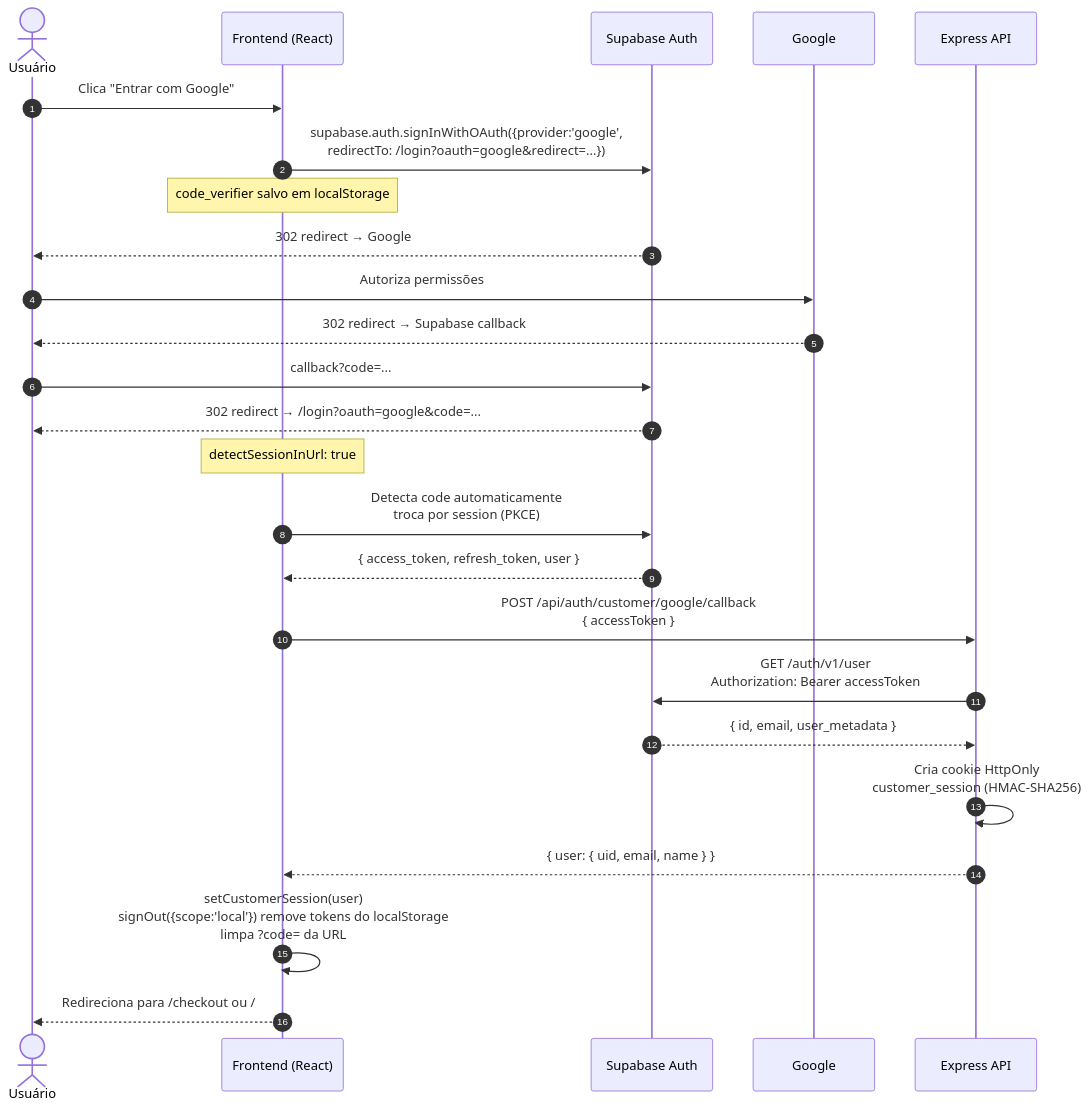
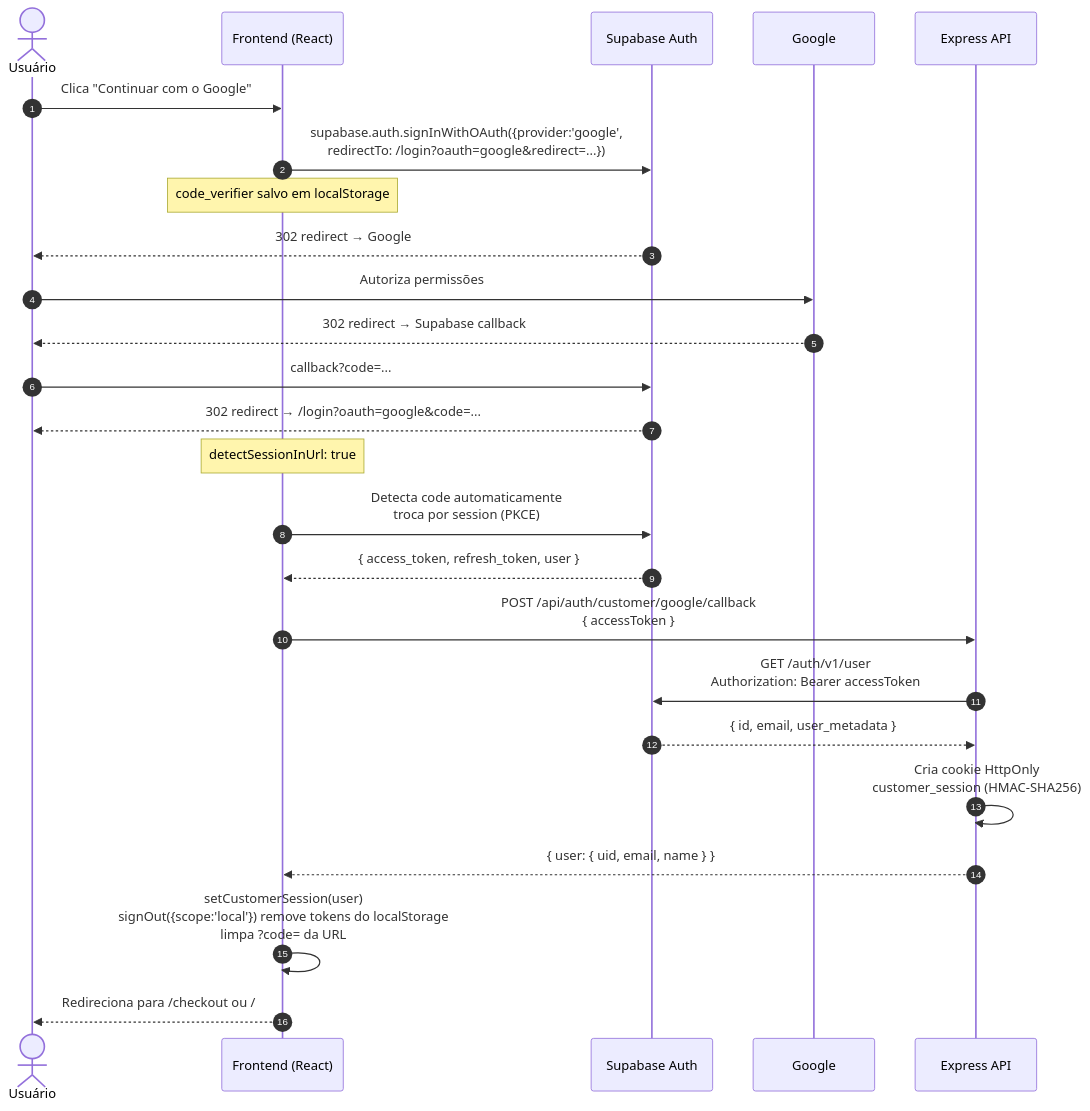
One commit to JoaoLuisC/Atelie-escolar changed the second of 10 diagrams in docs/ProjectDocs/05-FLUXOS.md. Above: the diagram before and after it, drawn with Mermaid. The commit also changed 10 other files, not shown here.

First line of the commit message:
feat(auth): login com "Sou cliente | Sou professor(a)" e botão do Google com o logo oficial

````diff
--- a/docs/ProjectDocs/05-FLUXOS.md
+++ b/docs/ProjectDocs/05-FLUXOS.md
@@ -52,28 +52,28 @@
 ```mermaid
 sequenceDiagram
     autonumber
     actor U as Usuário
     participant FE as Frontend (React)
     participant SB as Supabase Auth
     participant G as Google
     participant API as Express API
 
-    U->>FE: Clica "Entrar com Google"
+    U->>FE: Clica "Continuar com o Google"
     FE->>SB: supabase.auth.signInWithOAuth({provider:'google',<br/>redirectTo: /login?oauth=google&redirect=...})
     Note over FE: code_verifier salvo em localStorage
     SB-->>U: 302 redirect → Google
     U->>G: Autoriza permissões
     G-->>U: 302 redirect → Supabase callback
     U->>SB: callback?code=...
     SB-->>U: 302 redirect → /login?oauth=google&code=...
     Note over FE: detectSessionInUrl: true
     FE->>SB: Detecta code automaticamente<br/>troca por session (PKCE)
     SB-->>FE: { access_token, refresh_token, user }
     FE->>API: POST /api/auth/customer/google/callback<br/>{ accessToken }
     API->>SB: GET /auth/v1/user<br/>Authorization: Bearer accessToken
     SB-->>API: { id, email, user_metadata }
     API->>API: Cria cookie HttpOnly<br/>customer_session (HMAC-SHA256)
     API-->>FE: { user: { uid, email, name } }
     FE->>FE: setCustomerSession(user)<br/>signOut({scope:'local'}) remove tokens do localStorage<br/>limpa ?code= da URL
     FE-->>U: Redireciona para /checkout ou /
 ```
````
